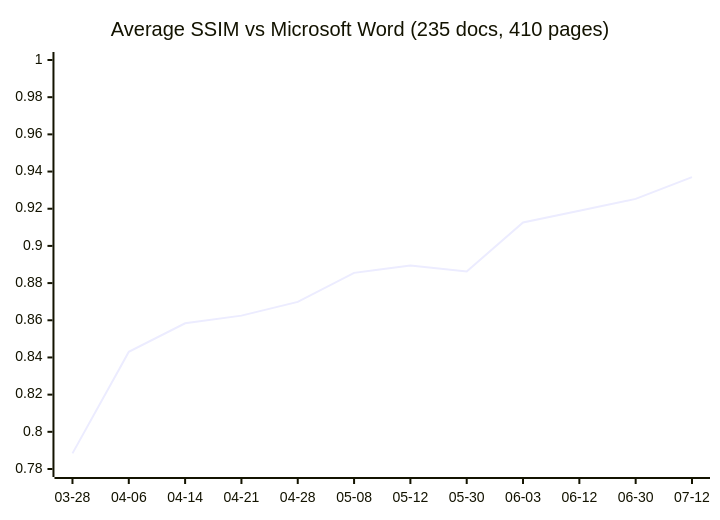
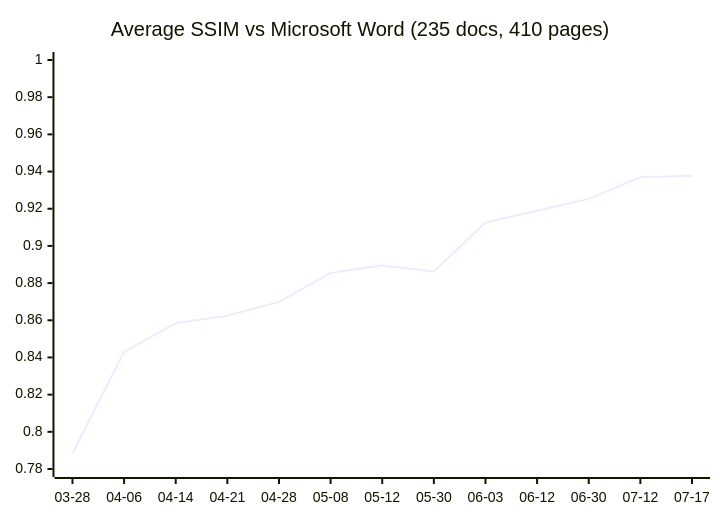
Before and after one commit to Ryujiyasu/oxi: the diagram in README.md, drawn with Mermaid. The commit also changed other lines of this file, not shown here.

````diff
--- a/README.md
+++ b/README.md
@@ -35,7 +35,7 @@
 ```mermaid
 xychart-beta
   title "Average SSIM vs Microsoft Word (235 docs, 410 pages)"
-  x-axis ["03-28", "04-06", "04-14", "04-21", "04-28", "05-08", "05-12", "05-30", "06-03", "06-12", "06-30", "07-12"]
+  x-axis ["03-28", "04-06", "04-14", "04-21", "04-28", "05-08", "05-12", "05-30", "06-03", "06-12", "06-30", "07-12", "07-17"]
   y-axis 0.78 --> 1.0
-  line [0.7884, 0.8430, 0.8584, 0.8625, 0.8699, 0.8855, 0.8895, 0.8862, 0.9126, 0.9189, 0.9253, 0.9370]
+  line [0.7884, 0.8430, 0.8584, 0.8625, 0.8699, 0.8855, 0.8895, 0.8862, 0.9126, 0.9189, 0.9253, 0.9370, 0.9378]
 ```
````
